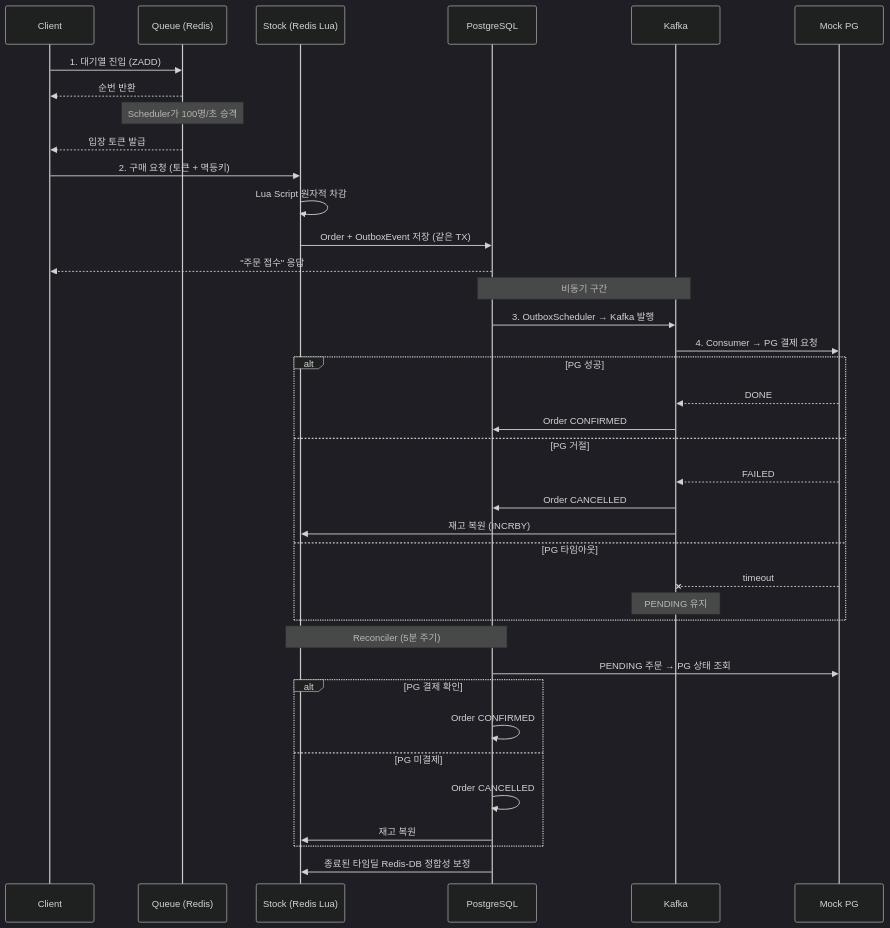
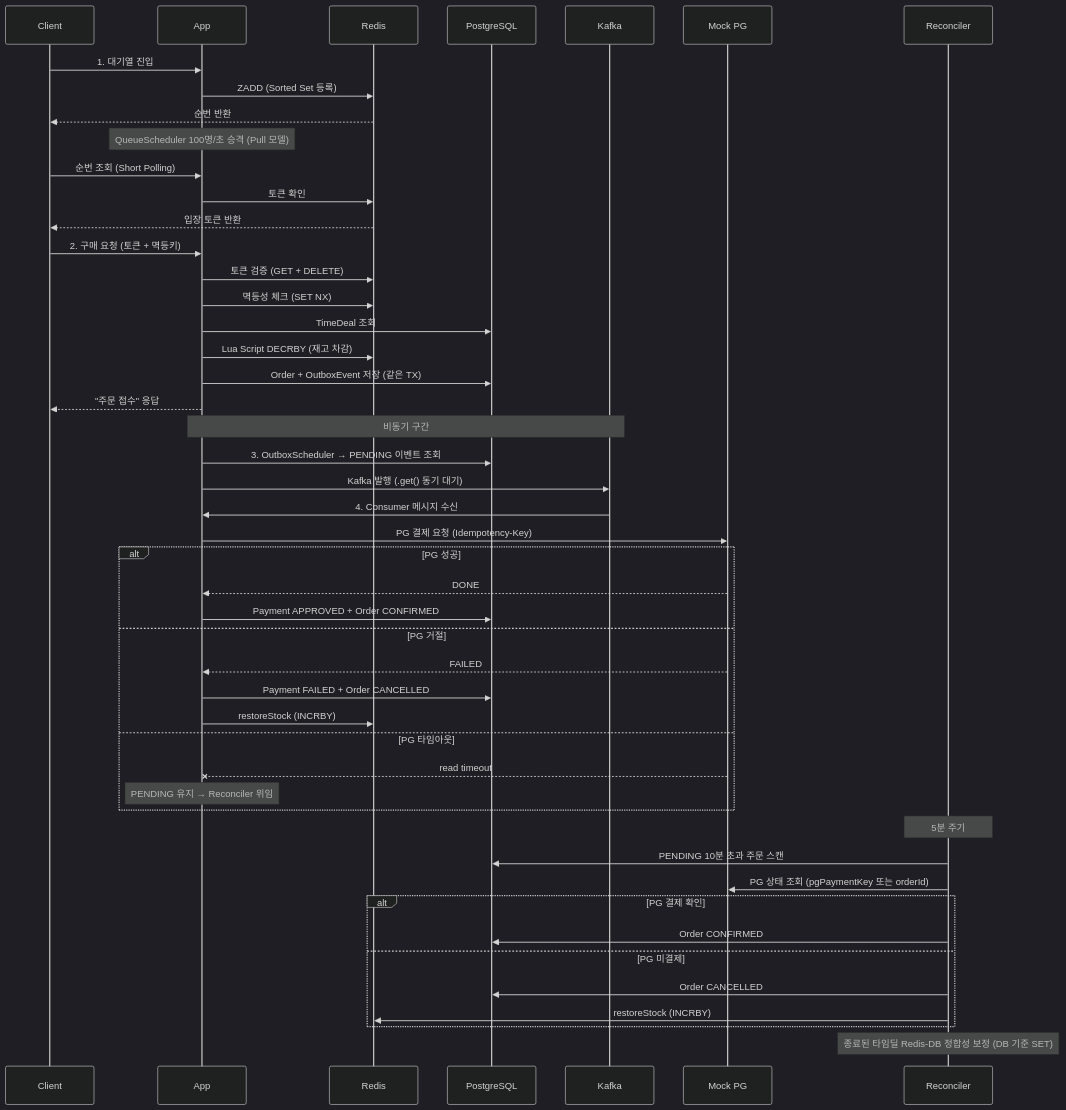
The second of 2 diagrams in README.md (L-a-z-e/flash-sale), drawn with Mermaid (dark theme) before and after one commit. The commit also changed other lines of this file and 1 other file, not shown here.

First line of the commit message:
docs: README 전면 개편 + 정합성 설계 문서 분리

````diff
--- a/README.md
+++ b/README.md
@@ -67,45 +59,55 @@
 ```mermaid
 sequenceDiagram
     participant C as Client
-    participant Q as Queue (Redis)
-    participant S as Stock (Redis Lua)
+    participant App as App
+    participant R as Redis
     participant DB as PostgreSQL
     participant K as Kafka
     participant PG as Mock PG
+    participant Rec as Reconciler
 
-    C->>Q: 1. 대기열 진입 (ZADD)
-    Q-->>C: 순번 반환
-    Note over Q: Scheduler가 100명/초 승격
-    Q-->>C: 입장 토큰 발급
+    C->>App: 1. 대기열 진입
+    App->>R: ZADD (Sorted Set 등록)
+    R-->>C: 순번 반환
+    Note over App: QueueScheduler 100명/초 승격 (Pull 모델)
+    C->>App: 순번 조회 (Short Polling)
+    App->>R: 토큰 확인
+    R-->>C: 입장 토큰 반환
 
-    C->>S: 2. 구매 요청 (토큰 + 멱등키)
-    S->>S: Lua Script 원자적 차감
-    S->>DB: Order + OutboxEvent 저장 (같은 TX)
-    DB-->>C: "주문 접수" 응답
+    C->>App: 2. 구매 요청 (토큰 + 멱등키)
+    App->>R: 토큰 검증 (GET + DELETE)
+    App->>R: 멱등성 체크 (SET NX)
+    App->>DB: TimeDeal 조회
+    App->>R: Lua Script DECRBY (재고 차감)
+    App->>DB: Order + OutboxEvent 저장 (같은 TX)
+    App-->>C: "주문 접수" 응답
 
-    Note over DB,K: 비동기 구간
-    DB->>K: 3. OutboxScheduler → Kafka 발행
-    K->>PG: 4. Consumer → PG 결제 요청
+    Note over App,K: 비동기 구간
+    App->>DB: 3. OutboxScheduler → PENDING 이벤트 조회
+    App->>K: Kafka 발행 (.get() 동기 대기)
+    K->>App: 4. Consumer 메시지 수신
+    App->>PG: PG 결제 요청 (Idempotency-Key)
 
     alt PG 성공
-        PG-->>K: DONE
-        K->>DB: Order CONFIRMED
+        PG-->>App: DONE
+        App->>DB: Payment APPROVED + Order CONFIRMED
     else PG 거절
-        PG-->>K: FAILED
-        K->>DB: Order CANCELLED
-        K->>S: 재고 복원 (INCRBY)
+        PG-->>App: FAILED
+        App->>DB: Payment FAILED + Order CANCELLED
+        App->>R: restoreStock (INCRBY)
     else PG 타임아웃
-        PG--xK: timeout
-        Note over K: PENDING 유지
+        PG--xApp: read timeout
+        Note over App: PENDING 유지 → Reconciler 위임
     end
 
-    Note over DB,S: Reconciler (5분 주기)
-    DB->>PG: PENDING 주문 → PG 상태 조회
+    Note over Rec: 5분 주기
+    Rec->>DB: PENDING 10분 초과 주문 스캔
+    Rec->>PG: PG 상태 조회 (pgPaymentKey 또는 orderId)
     alt PG 결제 확인
-        DB->>DB: Order CONFIRMED
+        Rec->>DB: Order CONFIRMED
     else PG 미결제
-        DB->>DB: Order CANCELLED
-        DB->>S: 재고 복원
+        Rec->>DB: Order CANCELLED
+        Rec->>R: restoreStock (INCRBY)
     end
-    DB->>S: 종료된 타임딜 Redis-DB 정합성 보정
+    Note over Rec: 종료된 타임딜 Redis-DB 정합성 보정 (DB 기준 SET)
 ```
````
